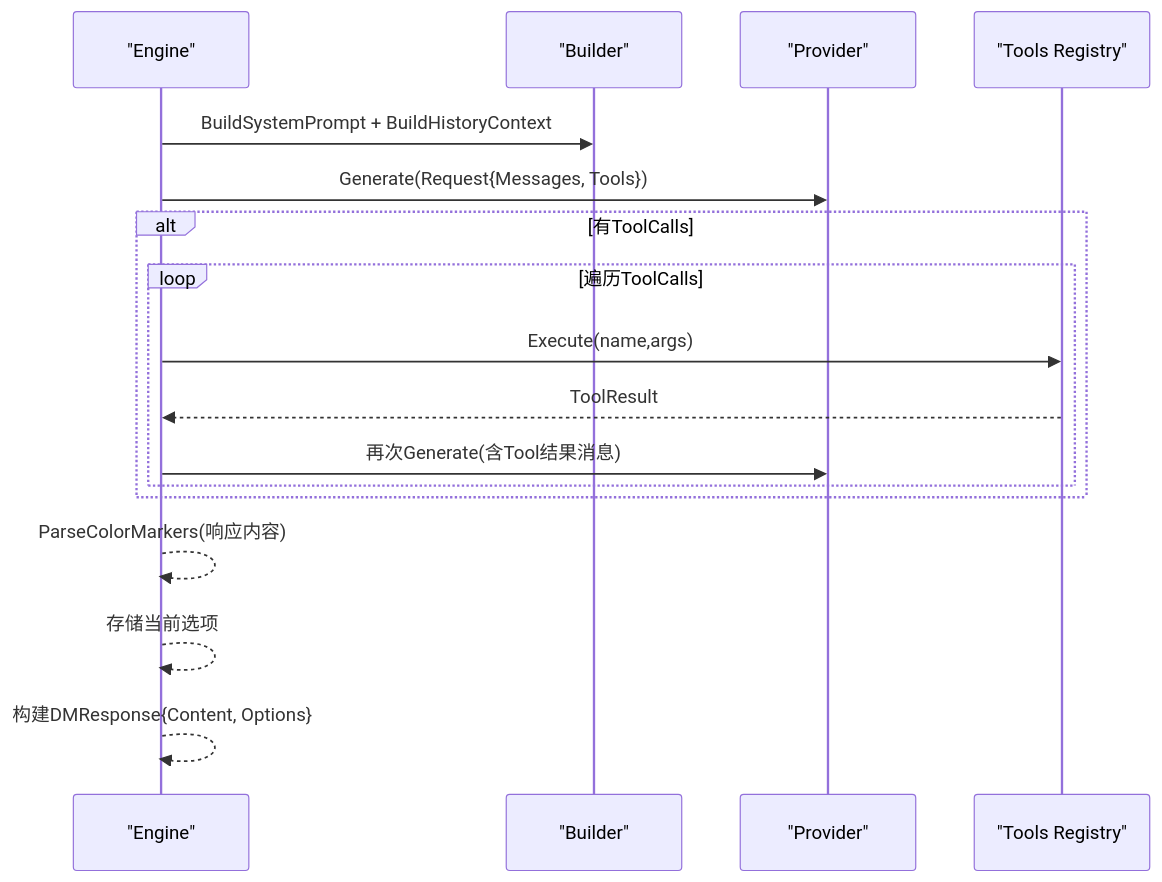
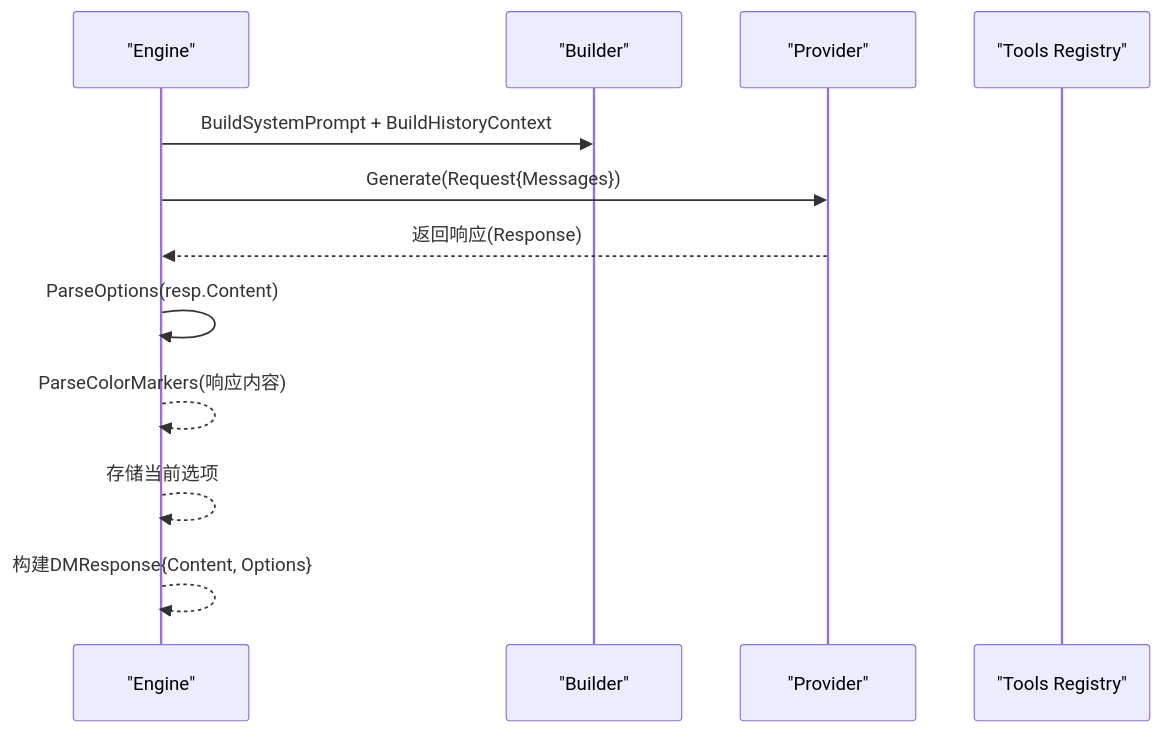
One commit to zwh8800/cdnd changed the seventh of 9 diagrams in .qoder/repowiki/zh/content/LLM集成系统/提示词系统.md. Above: the diagram before and after it, drawn with Mermaid. The commit also changed other lines of this file and 6 other files, not shown here.

````diff
--- a/.qoder/repowiki/zh/content/LLM集成系统/提示词系统.md
+++ b/.qoder/repowiki/zh/content/LLM集成系统/提示词系统.md
@@ -319,19 +349,14 @@
 ```mermaid
 sequenceDiagram
 participant E as "Engine"
 participant B as "Builder"
 participant P as "Provider"
 participant TR as "Tools Registry"
 E->>B : BuildSystemPrompt + BuildHistoryContext
-E->>P : Generate(Request{Messages, Tools})
-alt 有ToolCalls
-loop 遍历ToolCalls
-E->>TR : Execute(name,args)
-TR-->>E : ToolResult
-E->>P : 再次Generate(含Tool结果消息)
-end
-end
+E->>P : Generate(Request{Messages})
+P-->>E : 返回响应(Response)
+E->>E : ParseOptions(resp.Content)
 E-->>E : ParseColorMarkers(响应内容)
 E-->>E : 存储当前选项
 E-->>E : 构建DMResponse{Content, Options}
 ```
````
